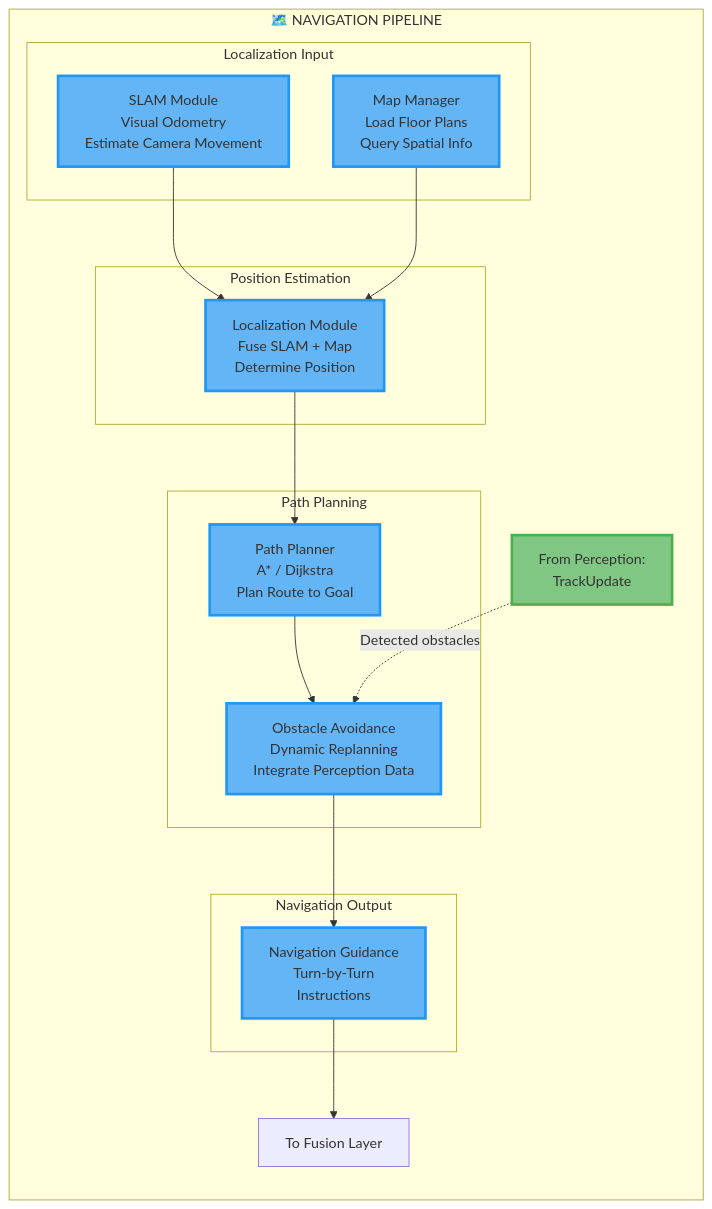
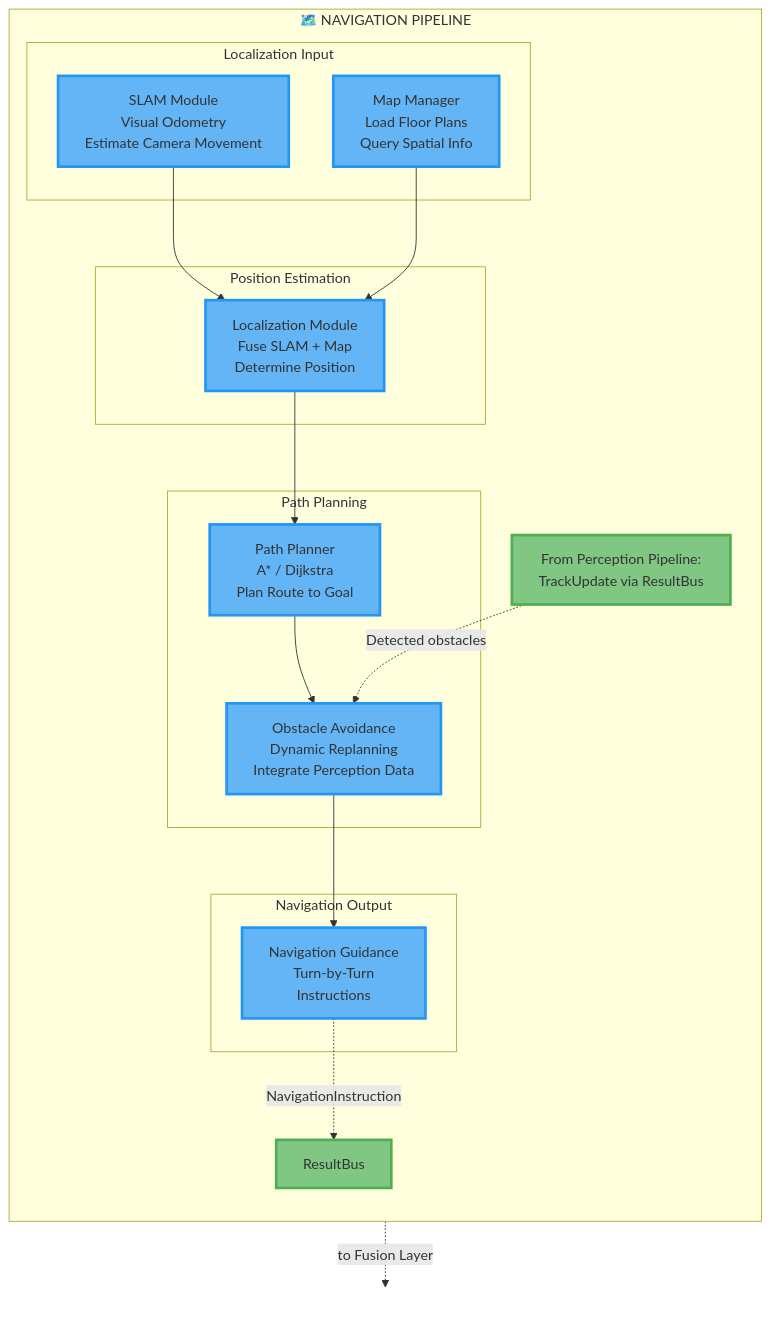
Before and after one commit to amfaheeem/smart-glasses: the fourth of 7 diagrams in docs/SYSTEM_ARCHITECTURE.md, drawn with Mermaid. The commit also changed other lines of this file, not shown here.

Commit message:
Fix Mermaid diagram errors in Level 2 pipelines
PROBLEM:
- Inline FUSION node without classDef caused rendering issues
- Parentheses in text labels could break Mermaid parsing
- Missing ResultBus connection clarity

FIXES:
1. Replaced inline FUSION node with proper ResultBus node
2. Added invisible placeholder for 'to Fusion Layer' annotation
3. Removed parentheses from Spatial Analyzer labels (Mermaid-safe)
4. Made data flow clearer: SA -> ResultBus, NG -> ResultBus
5. Both diagrams now show ResultBus as the handoff point

Both perception and navigation pipelines now have valid,
renderable Mermaid syntax.

````diff
--- a/docs/SYSTEM_ARCHITECTURE.md
+++ b/docs/SYSTEM_ARCHITECTURE.md
@@ -197,36 +200,39 @@
 ```mermaid
 graph TB
     subgraph NAVIGATION["🗺️ NAVIGATION PIPELINE"]
         direction TB
         
         subgraph LOC_INPUT["Localization Input"]
             SLAM[SLAM Module<br/>Visual Odometry<br/>Estimate Camera Movement]:::indev
             MAP[Map Manager<br/>Load Floor Plans<br/>Query Spatial Info]:::indev
         end
         
         subgraph LOC_PROC["Position Estimation"]
             LOC_MOD[Localization Module<br/>Fuse SLAM + Map<br/>Determine Position]:::indev
         end
         
         subgraph PLANNING["Path Planning"]
             PLANNER[Path Planner<br/>A* / Dijkstra<br/>Plan Route to Goal]:::indev
             OA[Obstacle Avoidance<br/>Dynamic Replanning<br/>Integrate Perception Data]:::indev
         end
         
         subgraph NAV_OUTPUT["Navigation Output"]
             NG[Navigation Guidance<br/>Turn-by-Turn<br/>Instructions]:::indev
         end
         
         SLAM --> LOC_MOD
         MAP --> LOC_MOD
         LOC_MOD --> PLANNER
         PLANNER --> OA
         OA --> NG
-        NG --> FUSION[To Fusion Layer]
+        NG -.->|NavigationInstruction| RB[ResultBus]:::implemented
         
-        PERC_INPUT[From Perception:<br/>TrackUpdate]:::implemented -.->|Detected obstacles| OA
+        PERC_INPUT[From Perception Pipeline:<br/>TrackUpdate via ResultBus]:::implemented -.->|Detected obstacles| OA
     end
+    
+    RB -.->|to Fusion Layer| FUSION_LAYER[ ]
     
     classDef implemented fill:#81c784,stroke:#4caf50,stroke-width:3px
     classDef indev fill:#64b5f6,stroke:#2196f3,stroke-width:3px
+    style FUSION_LAYER fill:none,stroke:none
 ```
````
